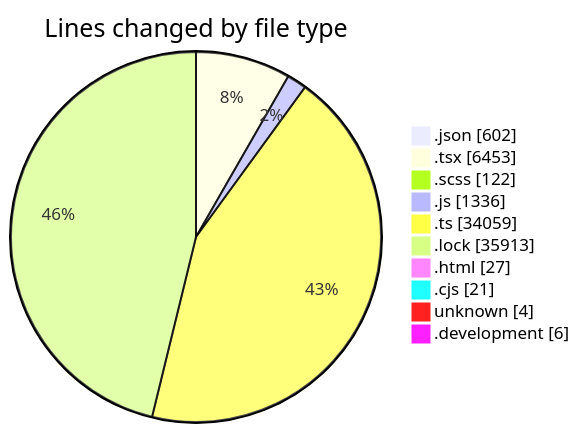
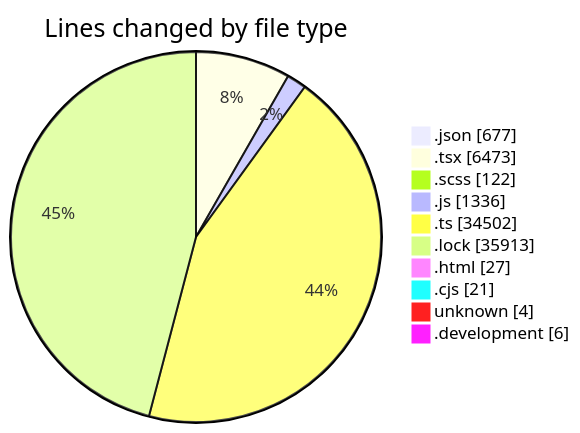
One commit to momahboobian/code-tracking changed the first of 2 diagrams in 2026-09-03/cda/README.md. Above: the diagram before and after it, drawn with Mermaid. The commit also changed other lines of this file and 1 other file, not shown here.

````diff
--- a/2026-09-03/cda/README.md
+++ b/2026-09-03/cda/README.md
@@ -81,14 +81,14 @@
 ```mermaid
 pie showData
 title Lines changed by file type
-".json" : 602
-".tsx" : 6453
+".json" : 677
+".tsx" : 6473
 ".scss" : 122
 ".js" : 1336
-".ts" : 34059
+".ts" : 34502
 ".lock" : 35913
 ".html" : 27
 ".cjs" : 21
 "unknown" : 4
 ".development" : 6
 ```
````
